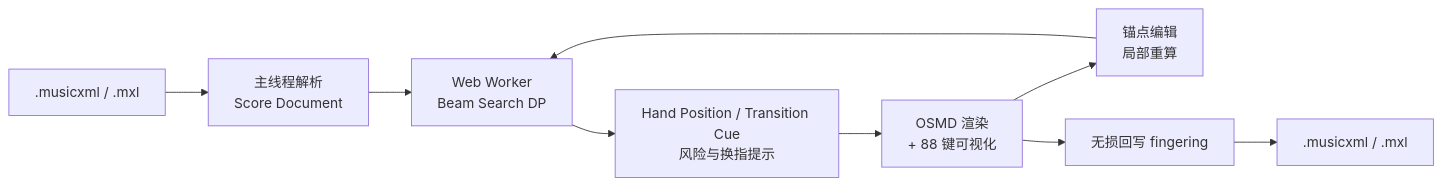
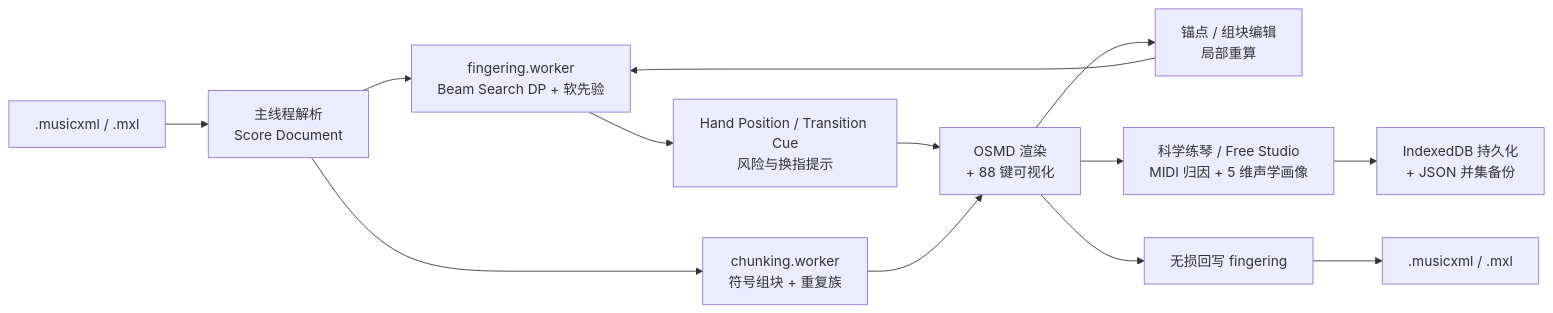
The diagram in README.md (sunstrikes/auto-fingering), drawn with Mermaid before and after one commit. The commit also changed other lines of this file and 20 other files, not shown here.

````diff
--- a/README.md
+++ b/README.md
@@ -62,11 +74,15 @@
 ```mermaid
 flowchart LR
   A[".musicxml / .mxl"] --> B["主线程解析<br/>Score Document"]
-  B --> C["Web Worker<br/>Beam Search DP"]
+  B --> C["fingering.worker<br/>Beam Search DP + 软先验"]
+  B --> I["chunking.worker<br/>符号组块 + 重复族"]
   C --> D["Hand Position / Transition Cue<br/>风险与换指提示"]
   D --> E["OSMD 渲染<br/>+ 88 键可视化"]
-  E --> F["锚点编辑<br/>局部重算"]
+  I --> E
+  E --> F["锚点 / 组块编辑<br/>局部重算"]
   F --> C
+  E --> J["科学练琴 / Free Studio<br/>MIDI 归因 + 5 维声学画像"]
+  J --> K["IndexedDB 持久化<br/>+ JSON 并集备份"]
   E --> G["无损回写 fingering"]
   G --> H[".musicxml / .mxl"]
 ```
````
